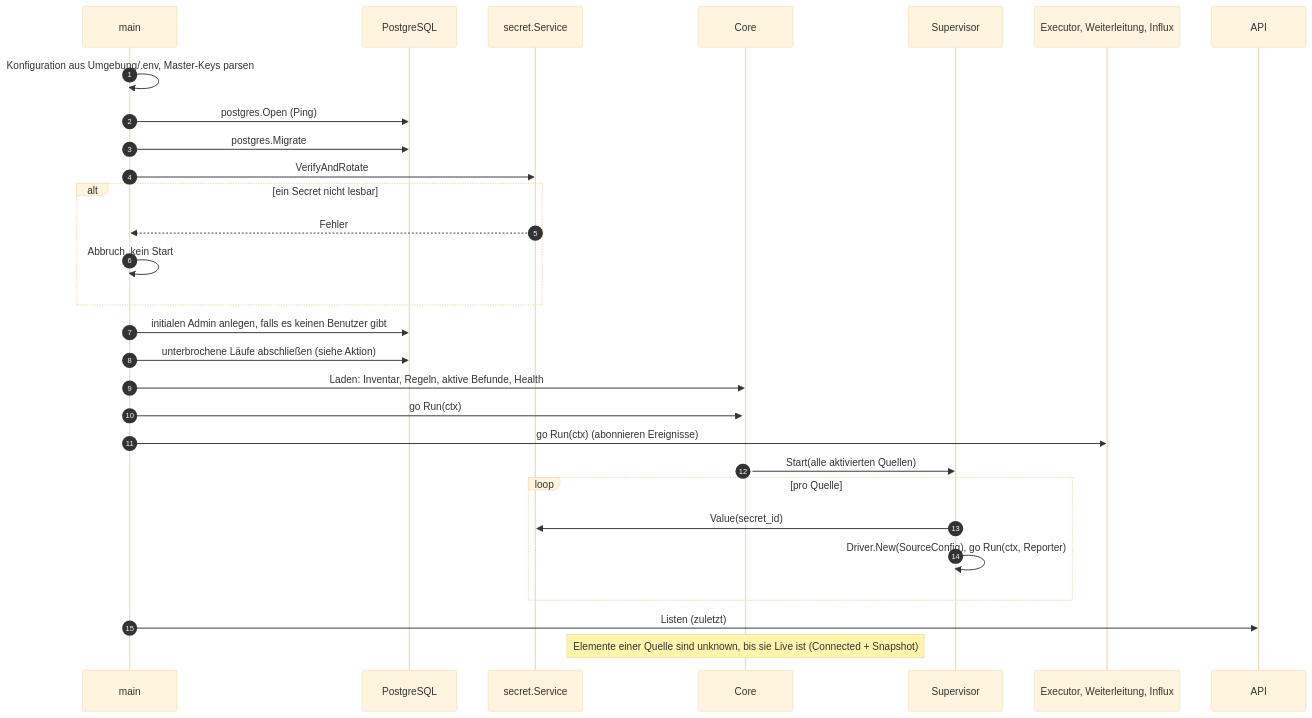
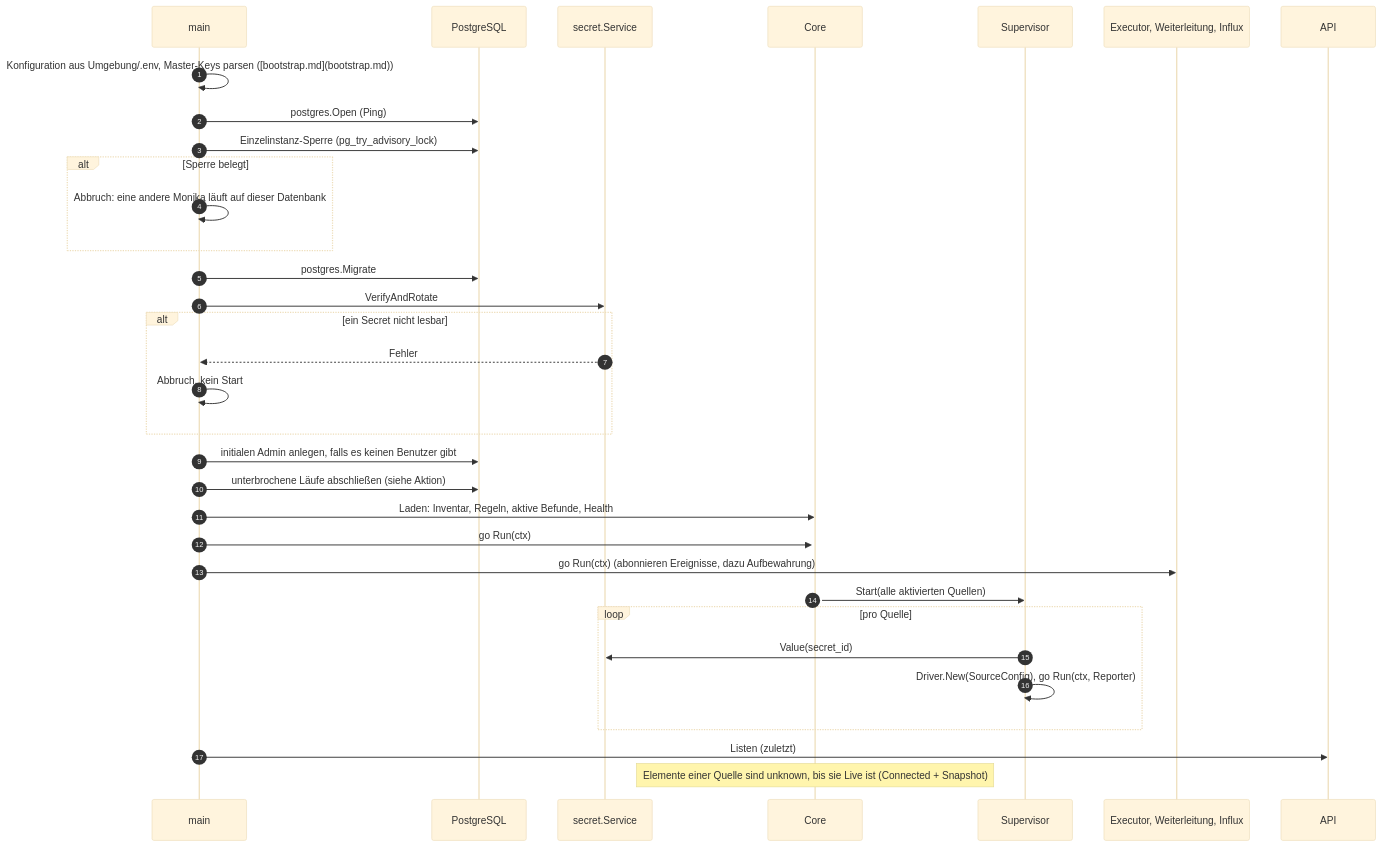
Before and after one commit to lukirs95/monika: the first of 6 diagrams in docs/contracts/flows.md, drawn with Mermaid (base theme). The commit also changed other lines of this file and 11 other files, not shown here.

````diff
--- a/docs/contracts/flows.md
+++ b/docs/contracts/flows.md
@@ -23,32 +24,36 @@
 ```mermaid
 sequenceDiagram
     autonumber
     participant M as main
     participant DB as PostgreSQL
     participant Sec as secret.Service
     participant C as Core
     participant Sup as Supervisor
     participant X as Executor, Weiterleitung, Influx
     participant A as API
 
-    M->>M: Konfiguration aus Umgebung/.env, Master-Keys parsen
+    M->>M: Konfiguration aus Umgebung/.env, Master-Keys parsen ([bootstrap.md](bootstrap.md))
     M->>DB: postgres.Open (Ping)
+    M->>DB: Einzelinstanz-Sperre (pg_try_advisory_lock)
+    alt Sperre belegt
+        M->>M: Abbruch: eine andere Monika läuft auf dieser Datenbank
+    end
     M->>DB: postgres.Migrate
     M->>Sec: VerifyAndRotate
     alt ein Secret nicht lesbar
         Sec-->>M: Fehler
         M->>M: Abbruch, kein Start
     end
     M->>DB: initialen Admin anlegen, falls es keinen Benutzer gibt
     M->>DB: unterbrochene Läufe abschließen (siehe Aktion)
     M->>C: Laden: Inventar, Regeln, aktive Befunde, Health
     M->>+C: go Run(ctx)
-    M->>X: go Run(ctx) (abonnieren Ereignisse)
+    M->>X: go Run(ctx) (abonnieren Ereignisse, dazu Aufbewahrung)
     C->>Sup: Start(alle aktivierten Quellen)
     loop pro Quelle
         Sup->>Sec: Value(secret_id)
         Sup->>Sup: Driver.New(SourceConfig), go Run(ctx, Reporter)
     end
     M->>A: Listen (zuletzt)
     Note over C: Elemente einer Quelle sind unknown, bis sie Live ist (Connected + Snapshot)
 ```
````
